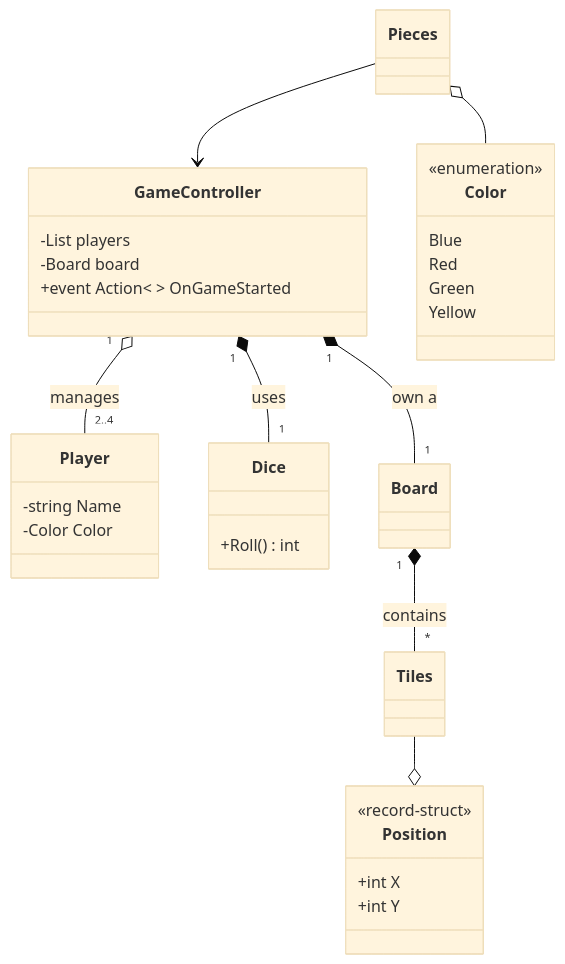
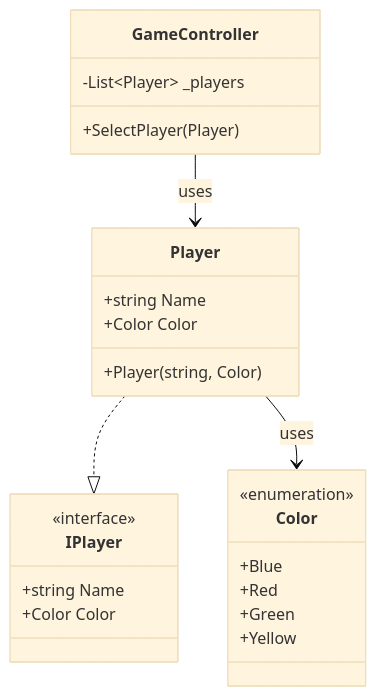
Before and after one commit to Masdikaa/Masdika-Bootcamp-SE-Formulatrix: the diagram in Ludo/ClassDiagram.mmd, drawn with Mermaid (base theme). The commit also changed 1 other file, not shown here.

Commit message:
update class diagram

```diff
--- a/Ludo/ClassDiagram.mmd
+++ b/Ludo/ClassDiagram.mmd
@@ -1,59 +1,31 @@
-%% Namespace for ClassDiagram
 classDiagram
-
+    
     class GameController {
-        -List<Player> players
-        -Board board
-        
-        +event Action< > OnGameStarted
+        -List~Player~ _players
+        +SelectPlayer(Player)
     }
 
-    class Player{
-        -string Name
-        -Color Color
+    class IPlayer {
+        <<interface>>
+        +string Name
+        +Color Color
     }
 
-    class Dice {
-        +Roll() int
-    }
-
-    class Board {
-
-    }
-
-    class Tiles {
-
-    }
-
-    class Pieces {
-
-    }
-
-    class Position{
-        <<record-struct>>
-        +int X
-        +int Y
+    class Player {
+        +string Name
+        +Color Color
+        +Player(string, Color)
     }
 
     class Color {
         <<enumeration>>
-        Blue
-        Red
-        Green
-        Yellow
+        +Blue
+        +Red
+        +Green
+        +Yellow
     }
 
-    GameController "1" *-- "1" Board : own a
-    GameController "1" *-- "1" Dice : uses
-    GameController "1" o-- "2..4" Player : manages
-    Board "1" *-- "*" Tiles : contains 
-    Tiles --o Position 
-    Pieces o-- Color
-    Pieces --> GameController
-
-    %% %% Board own a Tile
-    %% Board *-- Tile
-    %% %% Tile Associate with Pieces
-    %% Tiles -> Pieces
-    %% %% Pieces has a Color
-    %% Pieces o-- Color
+    %% PlayerSection
+    GameController --> Player : uses
+    Player ..|> IPlayer
+    Player --> Color : uses
```
